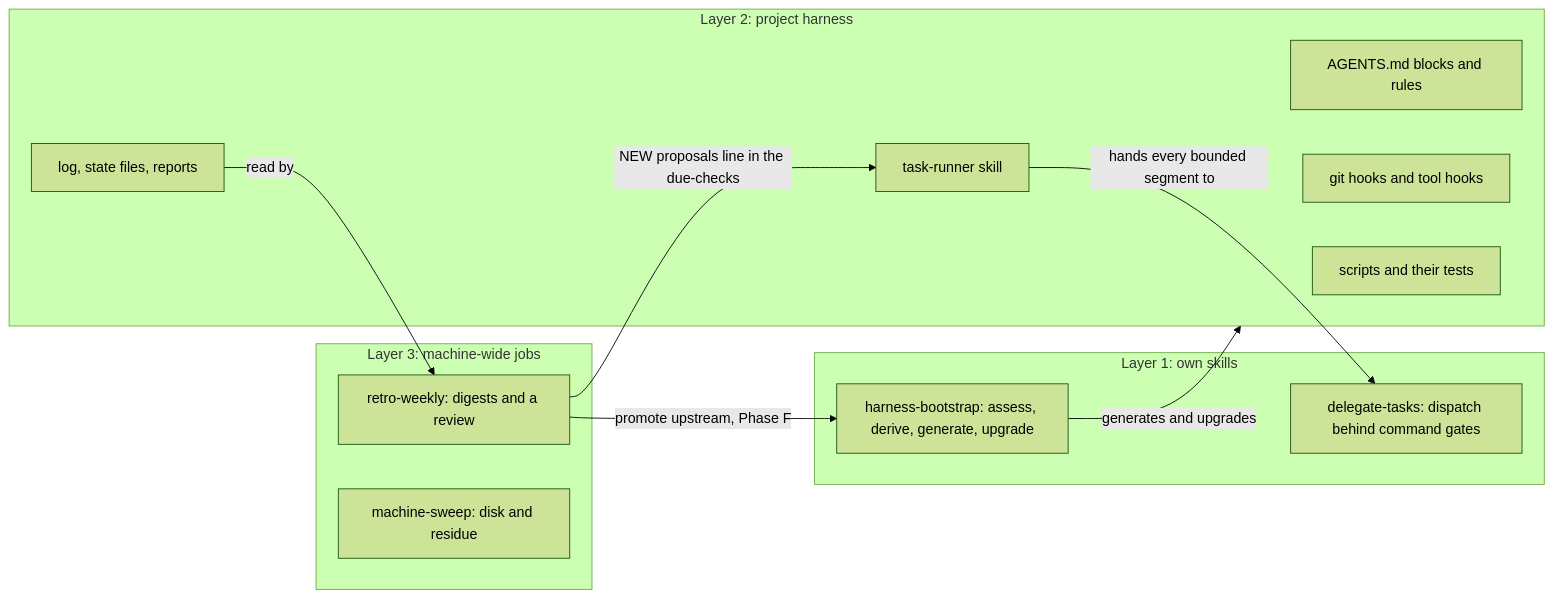
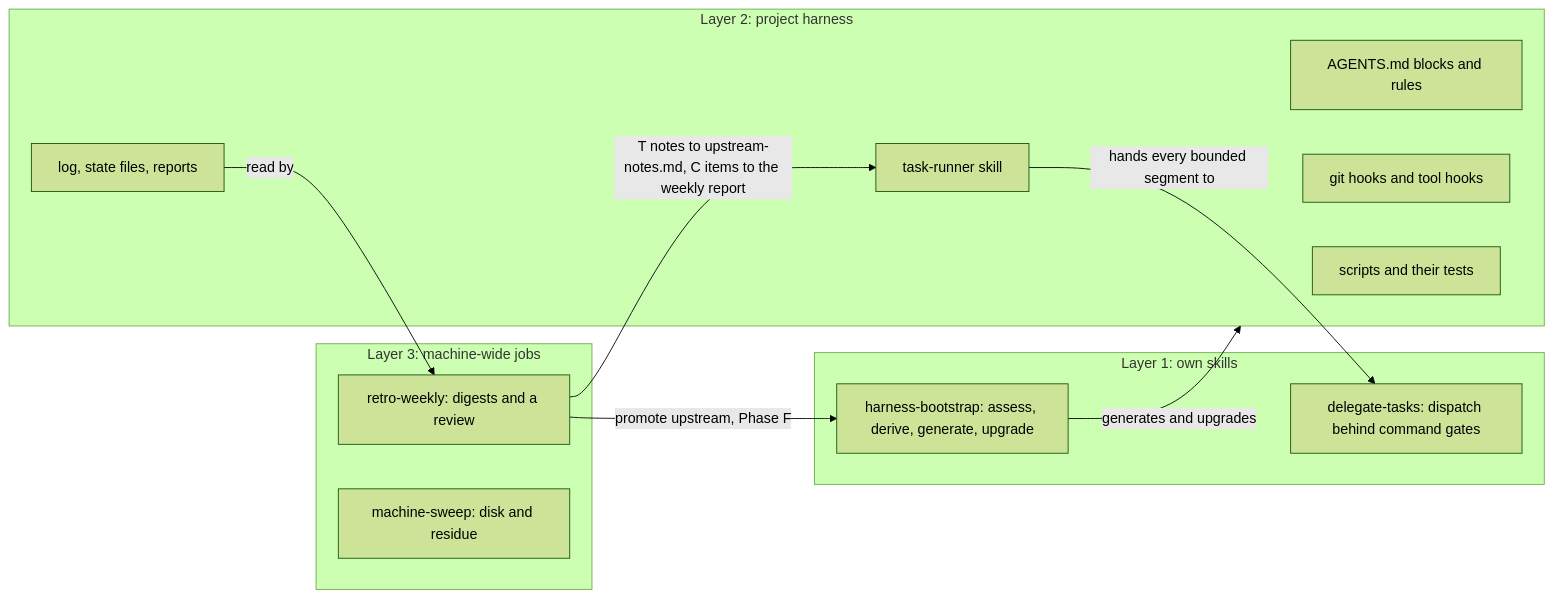
The second of 5 diagrams in docs/HARNESS.md (biji-dev/ecc-js), drawn with Mermaid (forest theme) before and after one commit. The commit also changed other lines of this file, not shown here.

````diff
--- a/docs/HARNESS.md
+++ b/docs/HARNESS.md
@@ -205,23 +210,23 @@
 ```mermaid
 flowchart LR
   subgraph S["Layer 1: own skills"]
     HB["harness-bootstrap: assess, derive, generate, upgrade"]
     DT["delegate-tasks: dispatch behind command gates"]
   end
   subgraph P["Layer 2: project harness"]
     AG["AGENTS.md blocks and rules"]
     TR["task-runner skill"]
     GD["git hooks and tool hooks"]
     SC["scripts and their tests"]
     LG["log, state files, reports"]
   end
   subgraph J["Layer 3: machine-wide jobs"]
     WK["retro-weekly: digests and a review"]
     MS["machine-sweep: disk and residue"]
   end
   HB -- "generates and upgrades" --> P
   TR -- "hands every bounded segment to" --> DT
   LG -- "read by" --> WK
-  WK -- "NEW proposals line in the due-checks" --> TR
+  WK -- "T notes to upstream-notes.md, C items to the weekly report" --> TR
   WK -- "promote upstream, Phase F" --> HB
 ```
````
